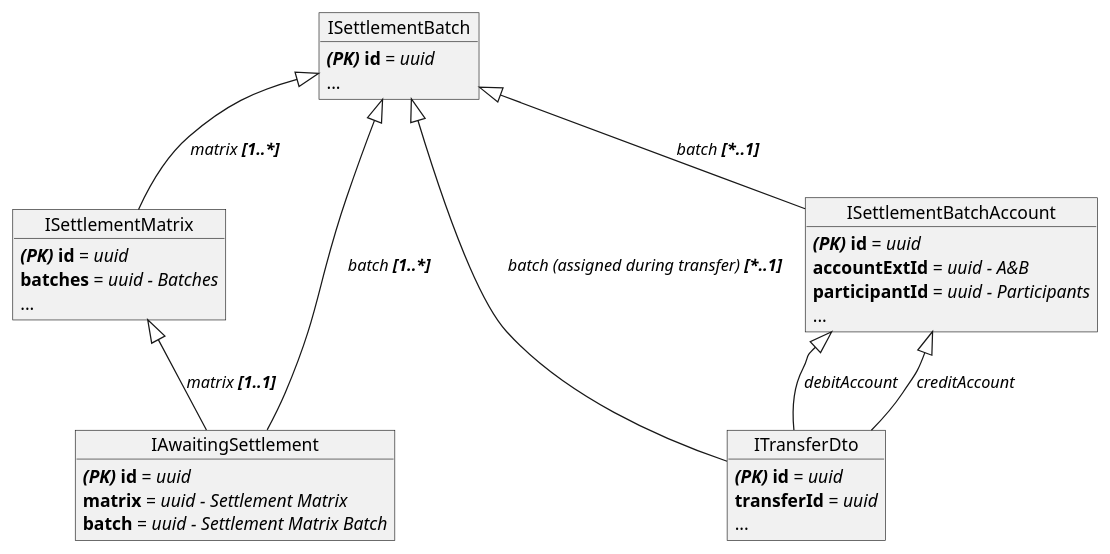
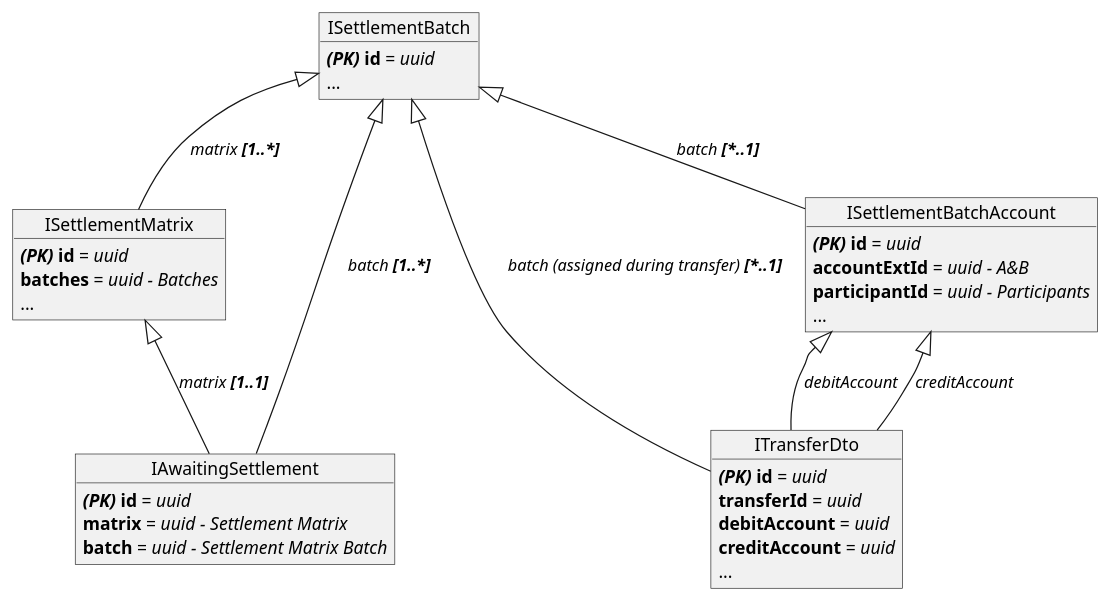
Before and after one commit to mojaloop/settlements-bc: the diagram in docs/flows/10-settlement-model.puml, drawn with PlantUML.

Commit message:
Add FK for debit and credit.

```diff
--- a/docs/flows/10-settlement-model.puml
+++ b/docs/flows/10-settlement-model.puml
@@ -1,33 +1,35 @@
 @startuml
 
 object ISettlementMatrix
     ISettlementMatrix : **//(PK)// id** = //uuid//
     ISettlementMatrix : **batches** = //uuid - Batches//
     ISettlementMatrix : ...
 object ITransferDto
     ITransferDto : **//(PK)// id** = //uuid//
     ITransferDto : **transferId** = //uuid//
+    ITransferDto : **debitAccount** = //uuid//
+    ITransferDto : **creditAccount** = //uuid//
     ITransferDto : ...
 object ISettlementBatchAccount
     ISettlementBatchAccount : **//(PK)// id** = //uuid//
     ISettlementBatchAccount : **accountExtId** = //uuid - A&B//
     ISettlementBatchAccount : **participantId** = //uuid - Participants//
     ISettlementBatchAccount : ...
 object ISettlementBatch
     ISettlementBatch : **//(PK)// id** = //uuid//
     ISettlementBatch : ...
 object IAwaitingSettlement
     IAwaitingSettlement : **//(PK)// id** = //uuid//
     IAwaitingSettlement : **matrix** = //uuid - Settlement Matrix//
     IAwaitingSettlement : **batch** = //uuid - Settlement Matrix Batch//
 
 ISettlementBatchAccount <|-- ITransferDto : //debitAccount//
 ISettlementBatchAccount <|-- ITransferDto : //creditAccount//
 ISettlementBatch <|-- ITransferDto : //batch (assigned during transfer) **[*..1]**//
 ISettlementBatch <|-- ISettlementBatchAccount : //batch **[*..1]**//
 
 ISettlementBatch <|-- IAwaitingSettlement : //batch **[1..*]**//
 ISettlementMatrix <|-- IAwaitingSettlement : //matrix **[1..1]**//
 ISettlementBatch <|-- ISettlementMatrix : //matrix **[1..*]**//
 
 @enduml
```
